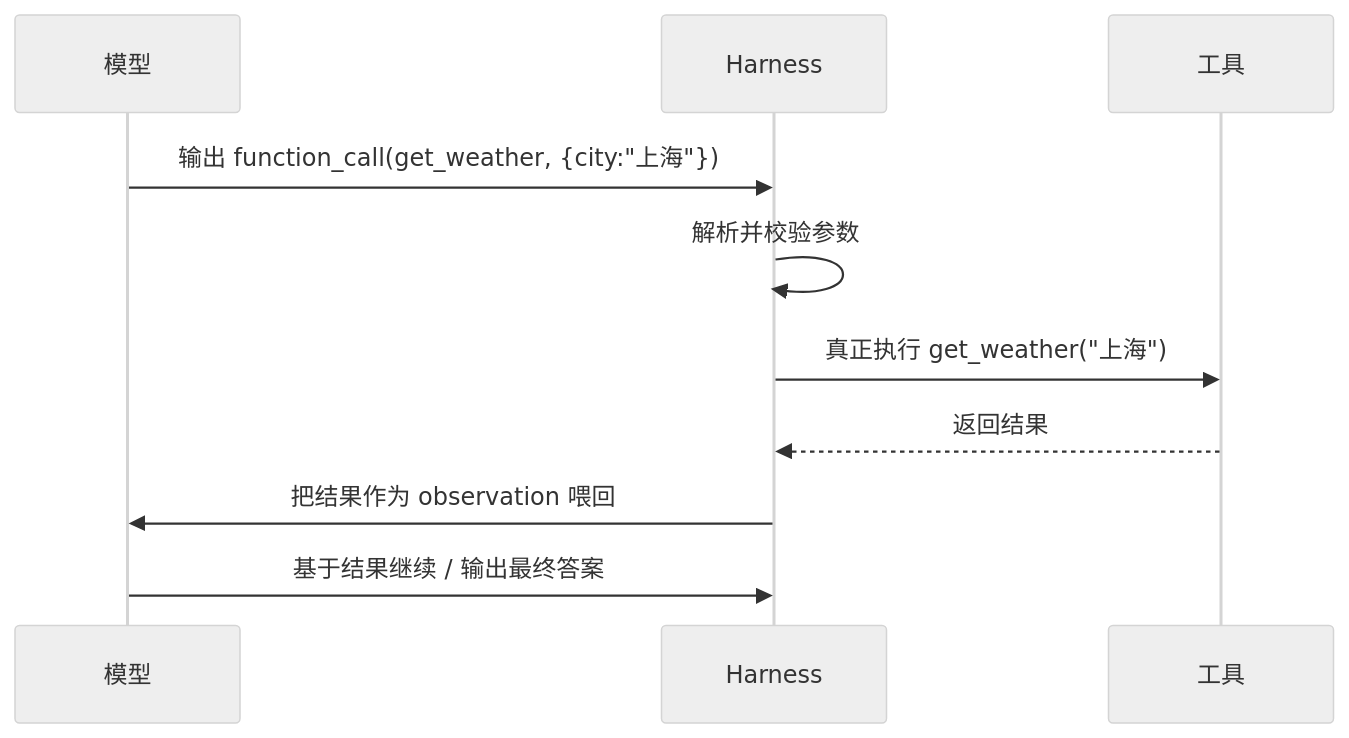
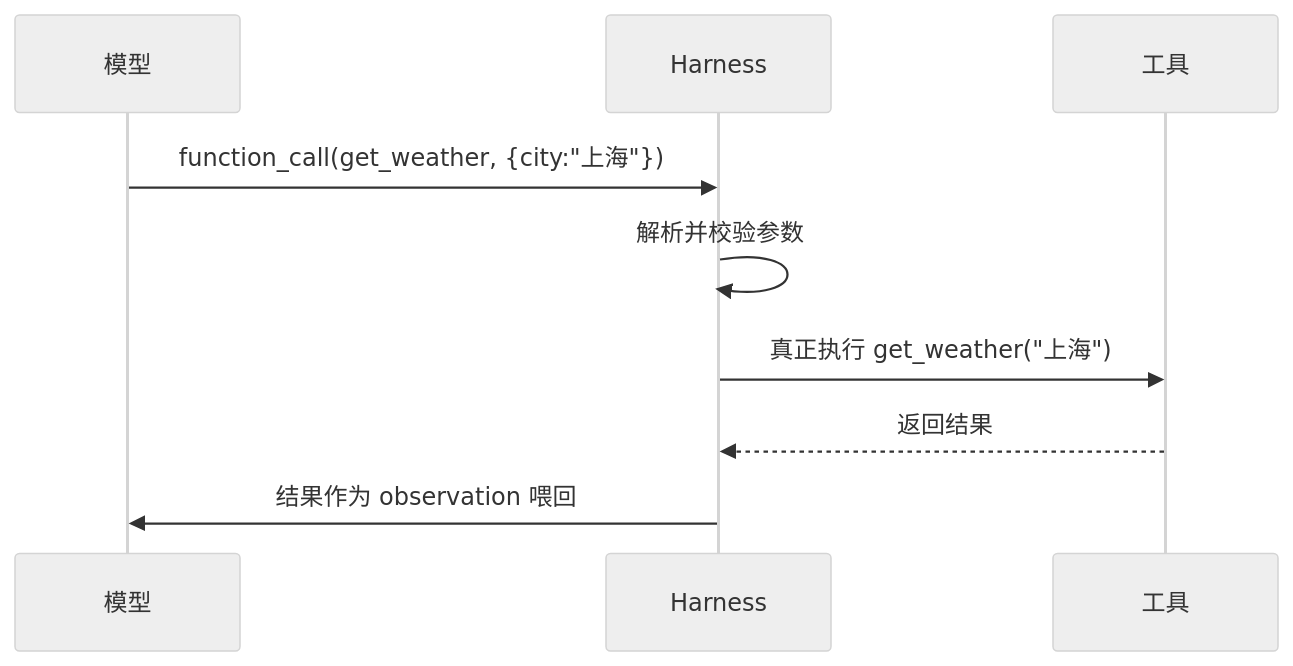
Before and after one commit to inspire-man/frontend-knowledge-base: the first of 2 diagrams in frontend-knowledge-base/卷十一-AIAgentHarness与提示词工程/11.5-工具调用.md, drawn with Mermaid (neutral theme). The commit also changed other lines of this file and 7 other files, not shown here.

````diff
--- a/frontend-knowledge-base/卷十一-AIAgentHarness与提示词工程/11.5-工具调用.md
+++ b/frontend-knowledge-base/卷十一-AIAgentHarness与提示词工程/11.5-工具调用.md
@@ -16,12 +16,11 @@
 ```mermaid
 sequenceDiagram
     participant M as 模型
     participant H as Harness
     participant T as 工具
-    M->>H: 输出 function_call(get_weather, {city:"上海"})
+    M->>H: function_call(get_weather, {city:"上海"})
     H->>H: 解析并校验参数
     H->>T: 真正执行 get_weather("上海")
     T-->>H: 返回结果
-    H->>M: 把结果作为 observation 喂回
-    M->>H: 基于结果继续 / 输出最终答案
+    H->>M: 结果作为 observation 喂回
 ```
````
